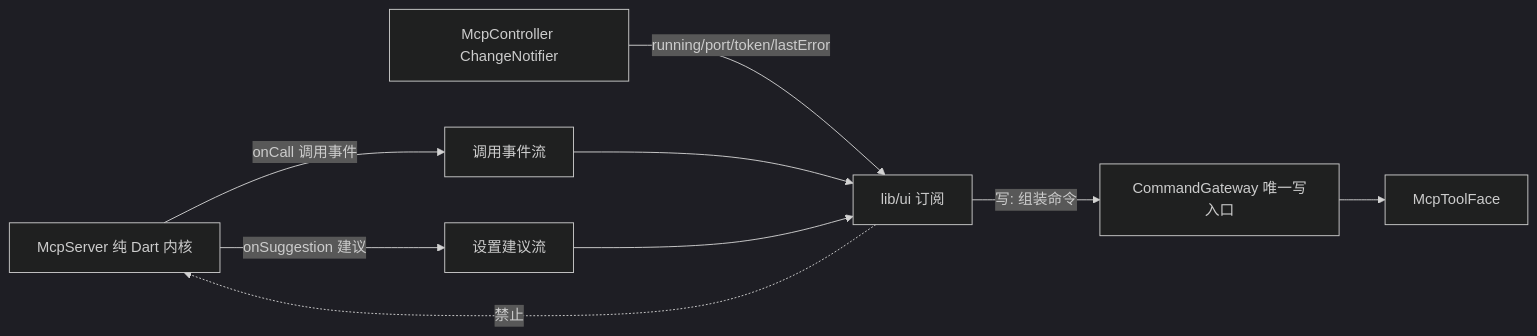
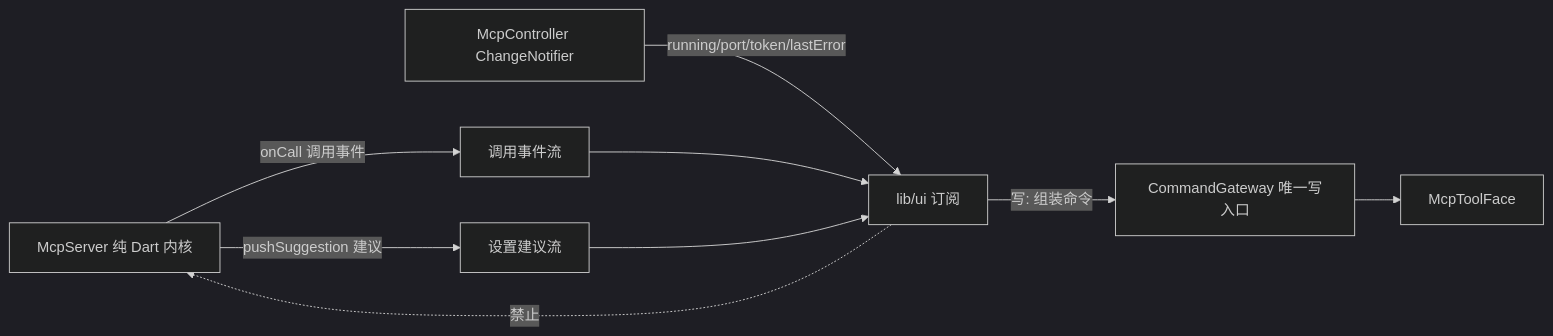
One commit to loveheng/goodTool changed the diagram in docs/project/ui-design.md. Above: the diagram before and after it, drawn with Mermaid (dark theme). The commit also changed 10 other files, not shown here.

````diff
--- a/docs/project/ui-design.md
+++ b/docs/project/ui-design.md
@@ -54,11 +54,11 @@
 ```mermaid
 flowchart LR
     K[McpServer 纯 Dart 内核] -->|onCall 调用事件| BUS[调用事件流]
-    K -->|onSuggestion 建议| SUG[设置建议流]
+    K -->|pushSuggestion 建议| SUG[设置建议流]
     C[McpController ChangeNotifier] -->|running/port/token/lastError| UI
     BUS --> UI[lib/ui 订阅]
     SUG --> UI
     UI -->|写: 组装命令| GW[CommandGateway 唯一写入口]
     GW --> TF[McpToolFace]
     UI -. 禁止 .-> K
 ```
````
